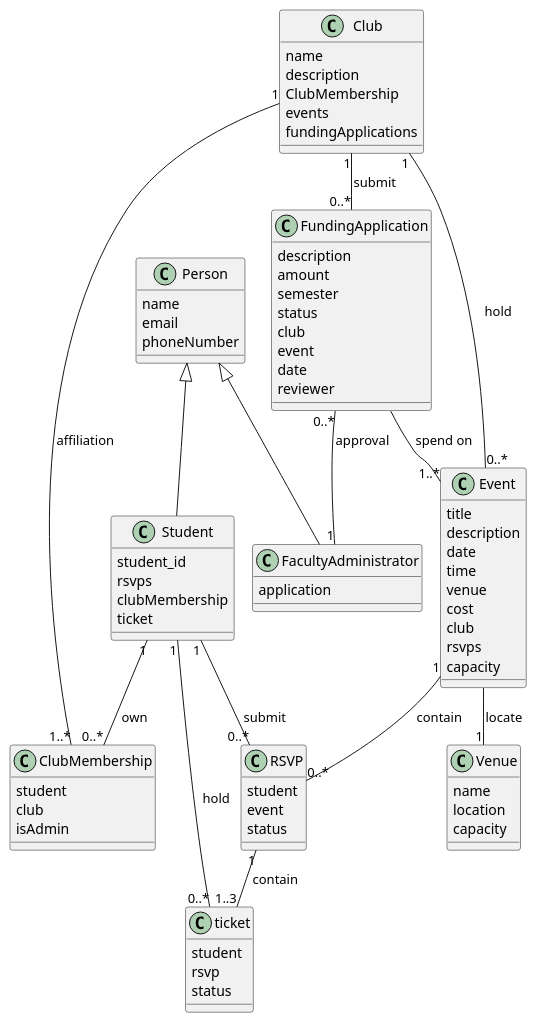
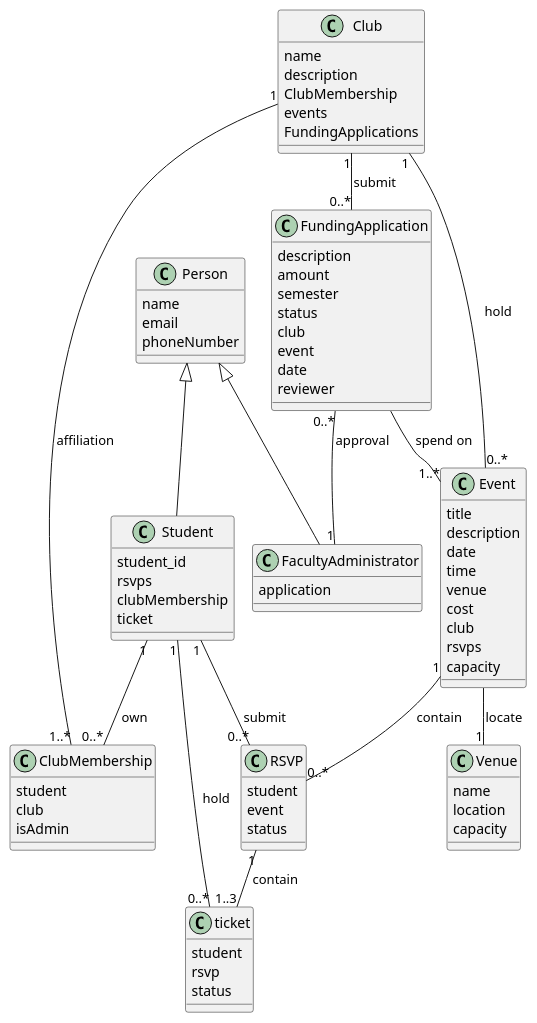
The diagram in docs/part1/domain_model.puml (lvyl9909/ClubManagementSystem), drawn with PlantUML before and after one commit. The commit also changed 7 other files, not shown here.

```diff
--- a/docs/part1/domain_model.puml
+++ b/docs/part1/domain_model.puml
@@ -1,88 +1,88 @@
 @startuml
 !pragma layout smetana
 class Person{
     name
     email
     phoneNumber
 }
 
 class Student{
     student_id
     rsvps
     clubMembership
     ticket
 }
 
 class ClubMembership{
     student
     club
     isAdmin
 }
 
 
 class FacultyAdministrator{
     application
 }
 
 class Club{
     name
     description
     ClubMembership
     events
-    fundingApplications
+    FundingApplications
 }
 
 class Venue{
     name
     location
     capacity
 }
 
 class Event{
     title
     description
     date
     time
     venue
     cost
     club
     rsvps
     capacity
 }
 
 class FundingApplication{
     description
     amount
     semester
     status
     club
     event
     date
     reviewer
 }
 
 class RSVP{
     student
     event
     status
 }
 
 class ticket{
     student
     rsvp
     status
 }
 Person <|-- Student
 Person <|-- FacultyAdministrator
 FundingApplication "0..*"--"1" FacultyAdministrator: approval 
 Club "1" -- "0..*" Event : hold 
 Event  -- "1" Venue : locate 
 Student "1" -- "0..*" RSVP : submit 
 Event "1" -- "0..*" RSVP : contain 
 Club "1"--"0..*" FundingApplication : submit 
 FundingApplication  -- "1..*" Event : spend on 
 RSVP "1"--"1..3" ticket : contain >
 Student "1" -- "0..*" ticket: hold >
 Club "1" -- "1..*" ClubMembership :affiliation
 Student "1"--"0..*" ClubMembership :own
 @enduml
```
